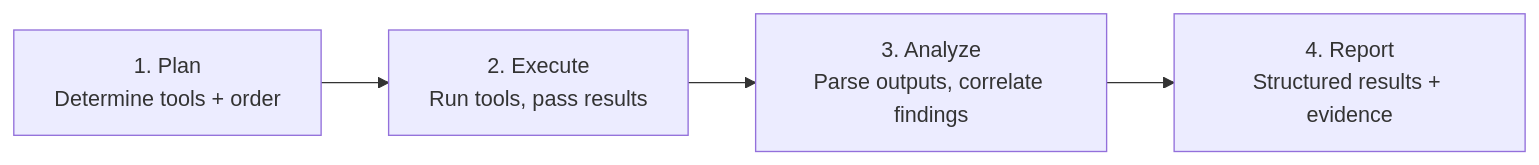
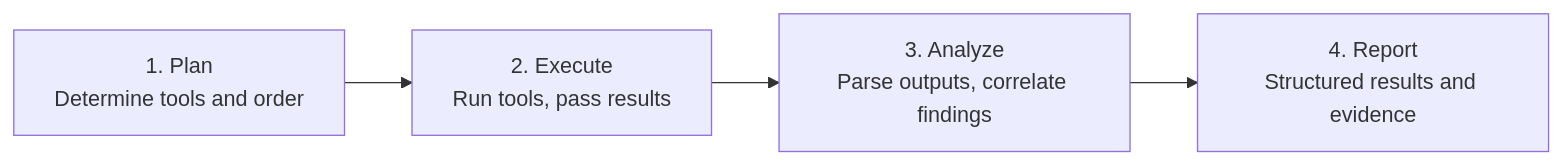
One commit to Zaeem20/ShikariMCP changed the fourth of 7 diagrams in docs/ARCHITECTURE.md. Above: the diagram before and after it, drawn with Mermaid. The commit also changed other lines of this file and 4 other files, not shown here.

First line of the commit message:
fix(docs): quote mermaid labels for GitHub rendering, use image in README

````diff
--- a/docs/ARCHITECTURE.md
+++ b/docs/ARCHITECTURE.md
@@ -194,6 +194,6 @@
 ```mermaid
 flowchart LR
-    P[1. Plan<br/>Determine tools + order] --> E[2. Execute<br/>Run tools, pass results]
-    E --> A[3. Analyze<br/>Parse outputs, correlate findings]
-    A --> R[4. Report<br/>Structured results + evidence]
+    P["1. Plan<br/>Determine tools and order"] --> E["2. Execute<br/>Run tools, pass results"]
+    E --> A["3. Analyze<br/>Parse outputs, correlate findings"]
+    A --> R["4. Report<br/>Structured results and evidence"]
 ```
````
